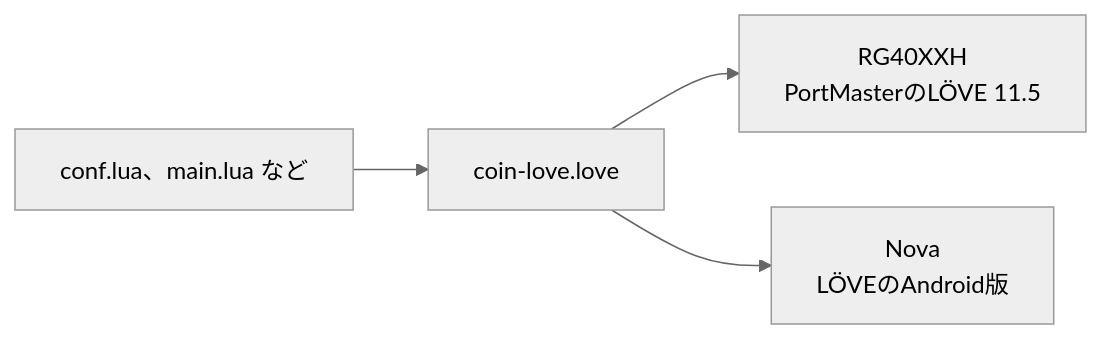
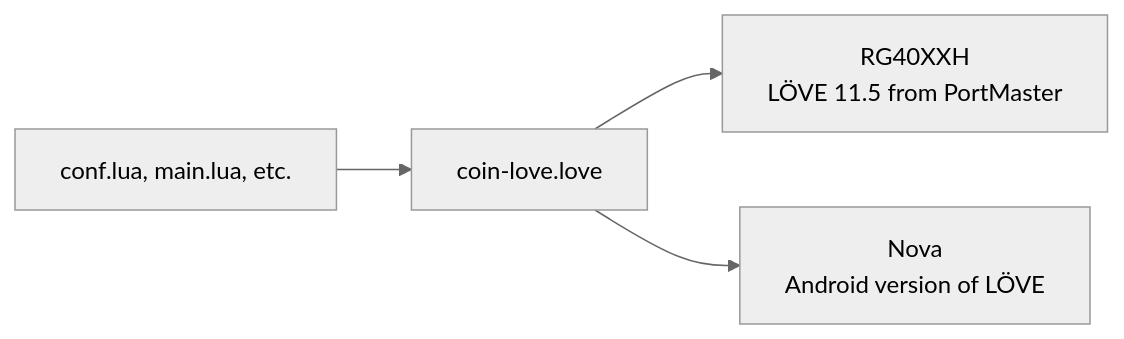
One commit to kiwamizamurai/gaming changed the fourth of 4 diagrams in articles/24-android-nova.md. Above: the diagram before and after it, drawn with Mermaid (neutral theme). The commit also changed other lines of this file and 46 other files, not shown here.

````diff
--- a/articles/24-android-nova.md
+++ b/articles/24-android-nova.md
@@ -382,6 +382,6 @@
 ```mermaid
 flowchart LR
-  src["conf.lua、main.lua など"] --> love["coin-love.love"]
-  love --> pm["RG40XXH<br>PortMasterのLÖVE 11.5"]
-  love --> apk["Nova<br>LÖVEのAndroid版"]
+  src["conf.lua, main.lua, etc."] --> love["coin-love.love"]
+  love --> pm["RG40XXH<br>LÖVE 11.5 from PortMaster"]
+  love --> apk["Nova<br>Android version of LÖVE"]
 ```
````
